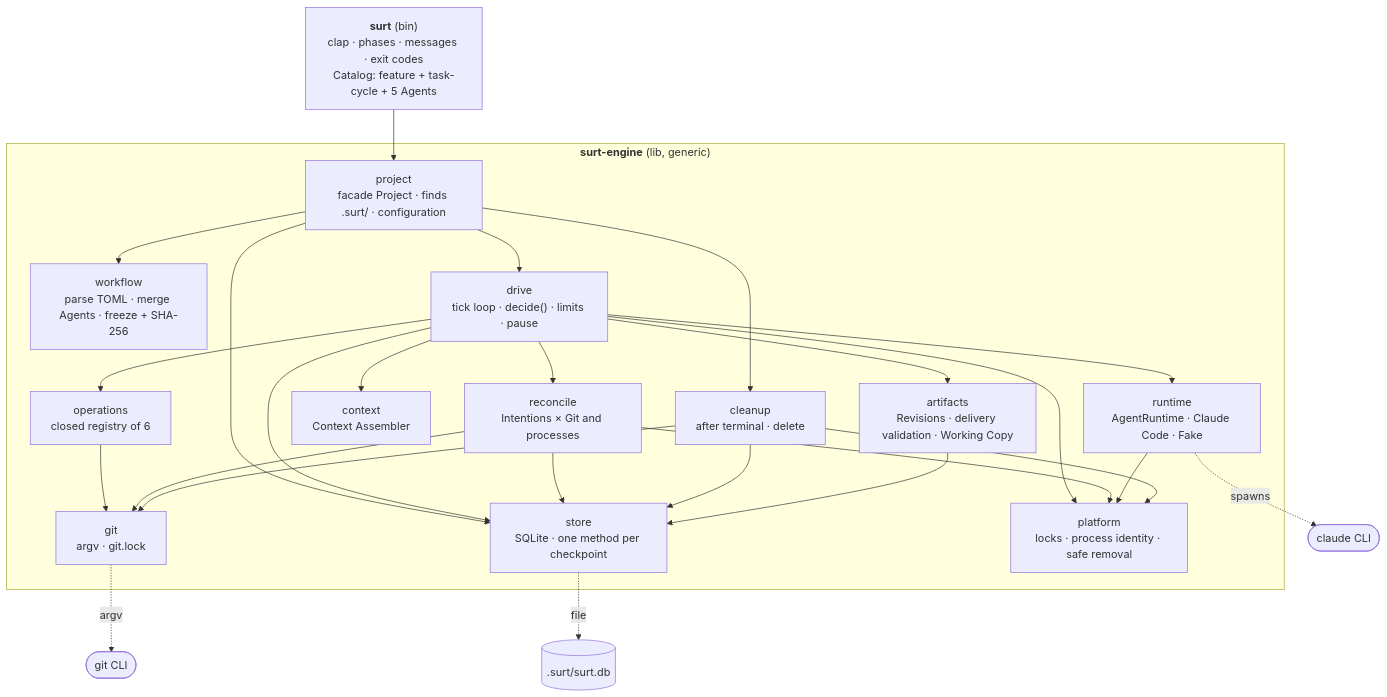
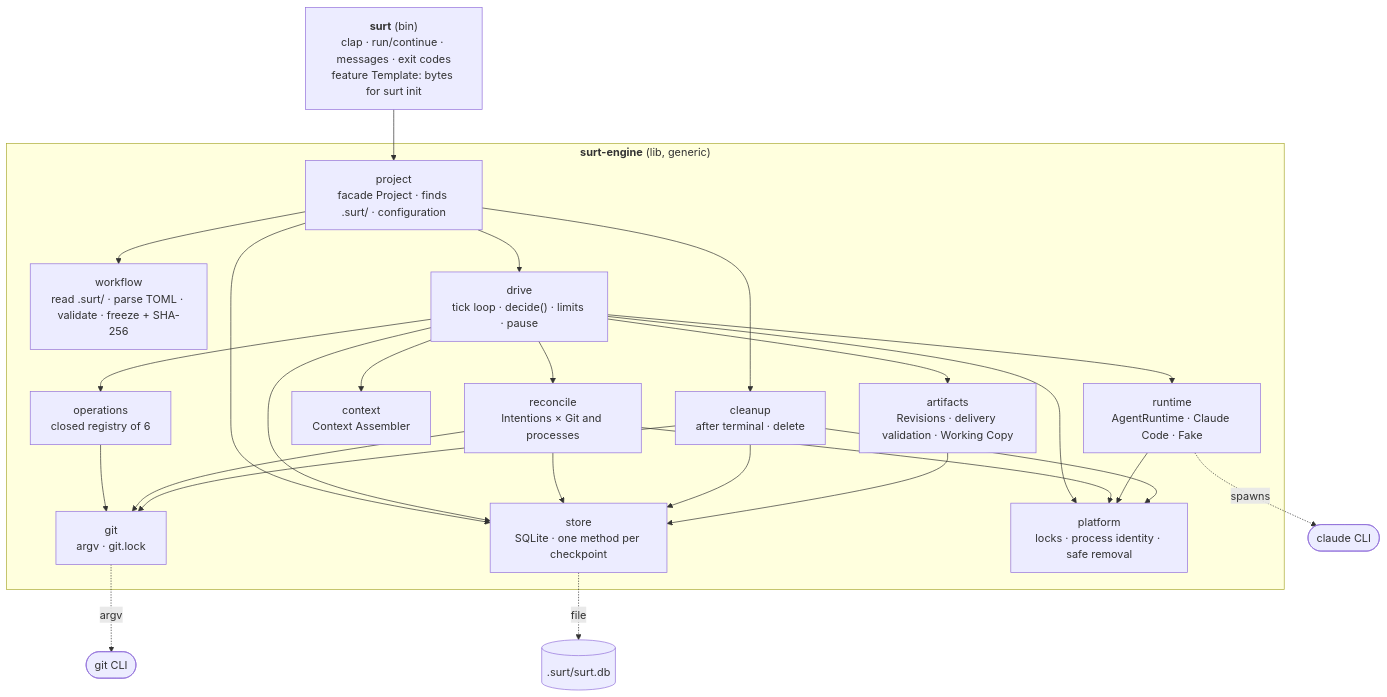
Before and after one commit to kalieleduard/surt: the first of 2 diagrams in docs/architecture/A-overview.md, drawn with Mermaid. The commit also changed other lines of this file and 12 other files, not shown here.

First line of the commit message:
docs: align A-L with the Milestone 5 CLI and Template

````diff
--- a/docs/architecture/A-overview.md
+++ b/docs/architecture/A-overview.md
@@ -7,32 +7,32 @@
 ```mermaid
 flowchart TD
-  CLI["<b>surt</b> (bin)<br/>clap · phases · messages · exit codes<br/>Catalog: feature + task-cycle + 5 Agents"] --> P
+  CLI["<b>surt</b> (bin)<br/>clap · run/continue · messages · exit codes<br/>feature Template: bytes for surt init"] --> P
 
   subgraph engine["<b>surt-engine</b> (lib, generic)"]
     P["project<br/>facade Project · finds .surt/ · configuration"]
-    P --> W["workflow<br/>parse TOML · merge Agents · freeze + SHA-256"]
+    P --> W["workflow<br/>read .surt/ · parse TOML · validate · freeze + SHA-256"]
     P --> D["drive<br/>tick loop · decide() · limits · pause"]
     P --> CL["cleanup<br/>after terminal · delete"]
     D --> R["reconcile<br/>Intentions × Git and processes"]
     D --> A["artifacts<br/>Revisions · delivery validation · Working Copy"]
     D --> CX["context<br/>Context Assembler"]
     D --> RT["runtime<br/>AgentRuntime · Claude Code · Fake"]
     D --> O["operations<br/>closed registry of 6"]
     O --> G["git<br/>argv · git.lock"]
     R --> G
     CL --> G
     P --> S
     D --> S
     R --> S
     CL --> S
     A --> S["store<br/>SQLite · one method per checkpoint"]
     D --> PL
     R --> PL
     RT --> PL
     CL --> PL["platform<br/>locks · process identity · safe removal"]
   end
 
   RT -. spawns .-> CC(["claude CLI"])
   G -. argv .-> GIT(["git CLI"])
   S -. file .-> DB[(".surt/surt.db")]
 ```
````
